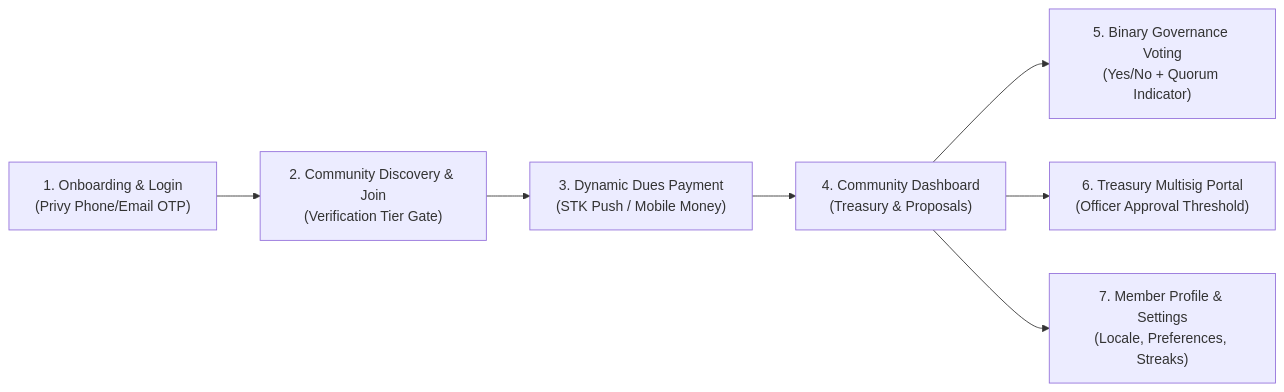
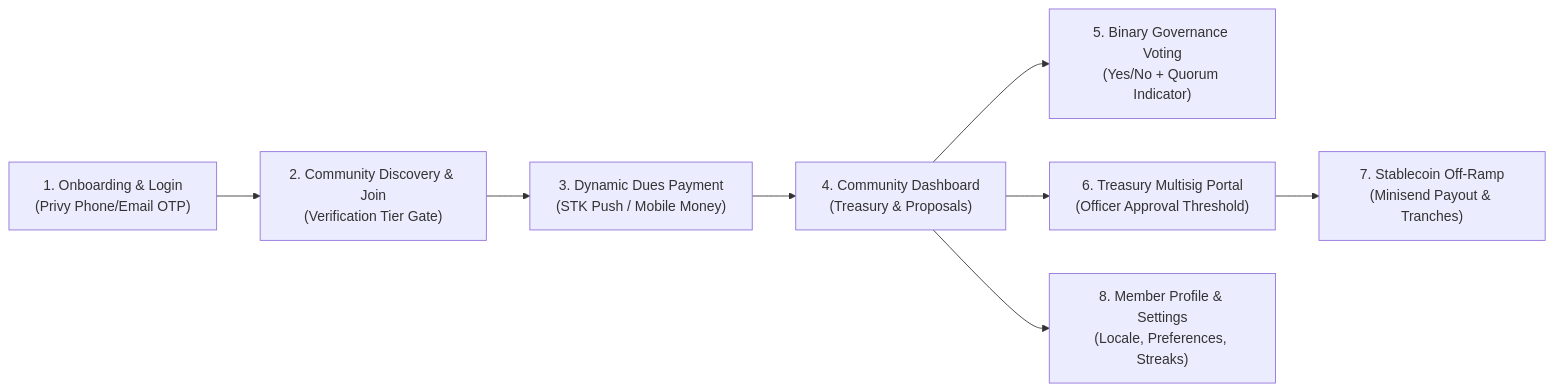
One commit to Azizudinly/baraza-protocol changed the diagram in FRONTEND_INTEGRATION_PRD.md. Above: the diagram before and after it, drawn with Mermaid. The commit also changed other lines of this file and 21 other files, not shown here.

````diff
--- a/FRONTEND_INTEGRATION_PRD.md
+++ b/FRONTEND_INTEGRATION_PRD.md
@@ -17,9 +17,10 @@
 ```mermaid
 flowchart LR
     A["1. Onboarding & Login\n(Privy Phone/Email OTP)"] --> B["2. Community Discovery & Join\n(Verification Tier Gate)"]
     B --> C["3. Dynamic Dues Payment\n(STK Push / Mobile Money)"]
     C --> D["4. Community Dashboard\n(Treasury & Proposals)"]
     D --> E["5. Binary Governance Voting\n(Yes/No + Quorum Indicator)"]
     D --> F["6. Treasury Multisig Portal\n(Officer Approval Threshold)"]
-    D --> G["7. Member Profile & Settings\n(Locale, Preferences, Streaks)"]
+    F --> G["7. Stablecoin Off-Ramp\n(Minisend Payout & Tranches)"]
+    D --> H["8. Member Profile & Settings\n(Locale, Preferences, Streaks)"]
 ```
````
